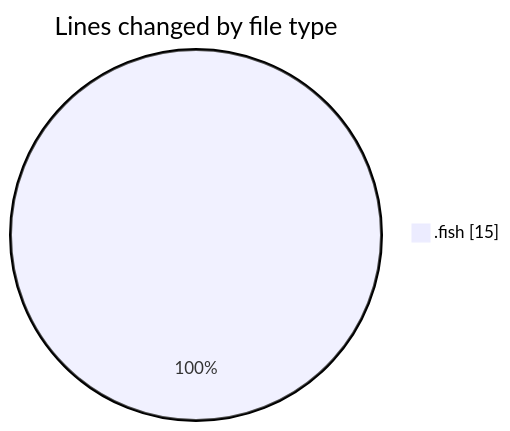
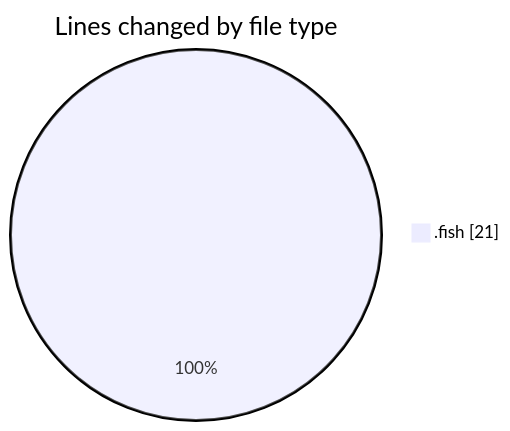
Before and after one commit to EIIisD/code-tracking: the first of 2 diagrams in 2025-07-27/fish/README.md, drawn with Mermaid. The commit also changed other lines of this file and 1 other file, not shown here.

````diff
--- a/2025-07-27/fish/README.md
+++ b/2025-07-27/fish/README.md
@@ -20,5 +20,5 @@
 ```mermaid
 pie showData
 title Lines changed by file type
-".fish" : 15
+".fish" : 21
 ```
````
